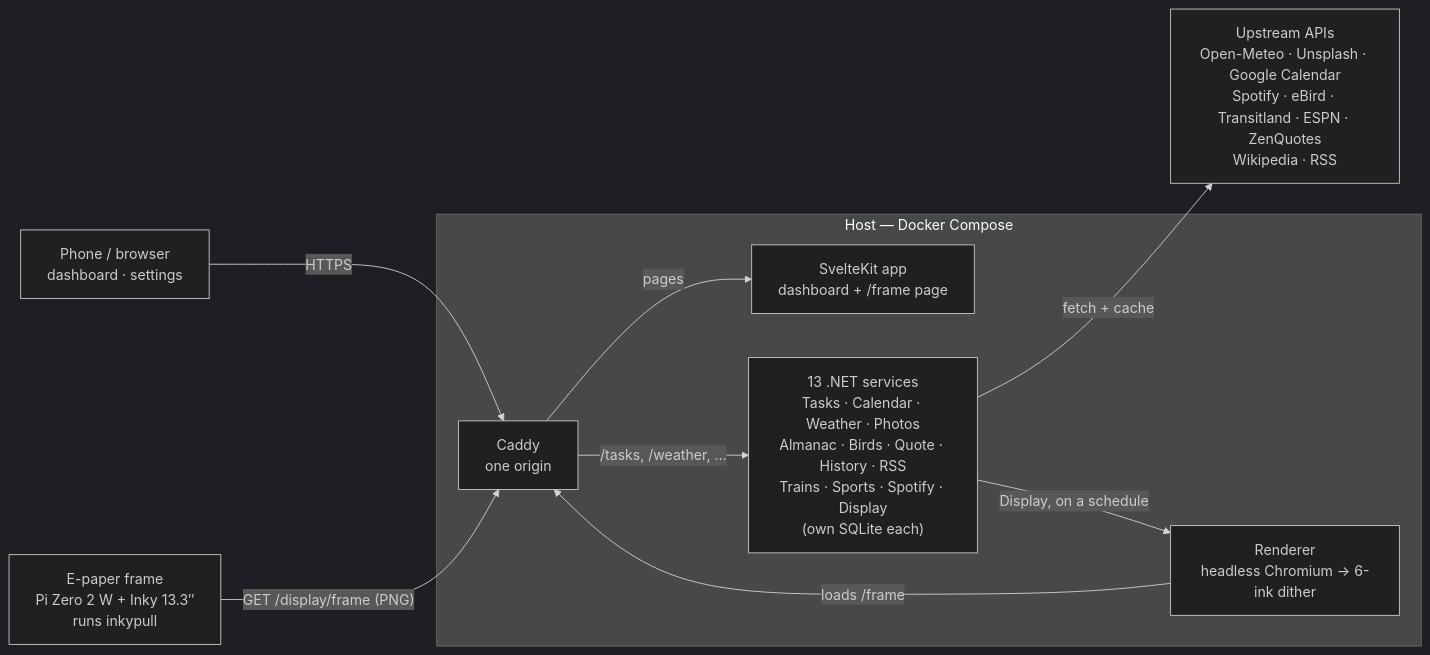
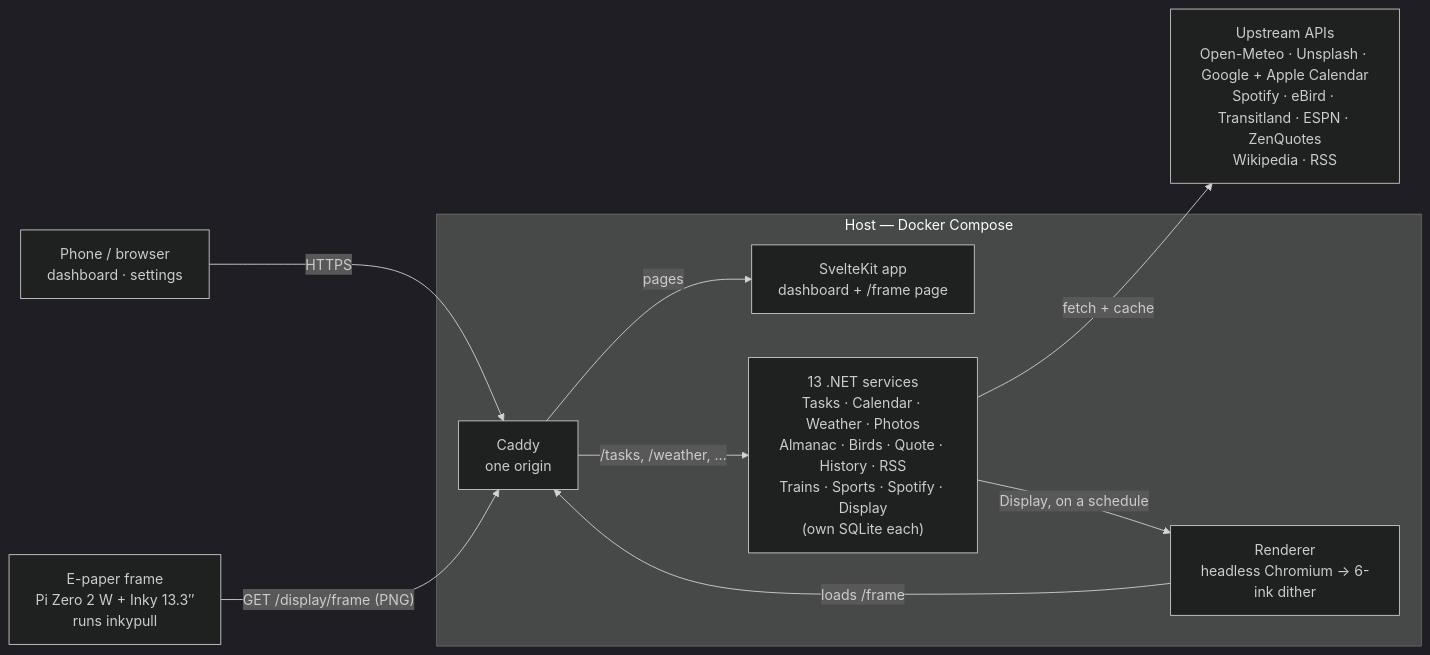
The diagram in README.md (lrv1668-gif/Hearth), drawn with Mermaid (dark theme) before and after one commit. The commit also changed other lines of this file and 46 other files, not shown here.

First line of the commit message:
Add calendars subscribed to by ICS link (Apple Calendar) (#156)

````diff
--- a/README.md
+++ b/README.md
@@ -28,21 +28,21 @@
 ```mermaid
 flowchart LR
     browser["Phone / browser<br/>dashboard · settings"]
     frame["E-paper frame<br/>Pi Zero 2 W + Inky 13.3″<br/>runs inkypull"]
-    apis["Upstream APIs<br/>Open-Meteo · Unsplash · Google Calendar<br/>Spotify · eBird · Transitland · ESPN · ZenQuotes<br/>Wikipedia · RSS"]
+    apis["Upstream APIs<br/>Open-Meteo · Unsplash · Google + Apple Calendar<br/>Spotify · eBird · Transitland · ESPN · ZenQuotes<br/>Wikipedia · RSS"]
 
     subgraph host["Host — Docker Compose"]
         caddy["Caddy<br/>one origin"]
         web["SvelteKit app<br/>dashboard + /frame page"]
         services["13 .NET services<br/>Tasks · Calendar · Weather · Photos<br/>Almanac · Birds · Quote · History · RSS<br/>Trains · Sports · Spotify · Display<br/>(own SQLite each)"]
         renderer["Renderer<br/>headless Chromium → 6-ink dither"]
     end
 
     browser -->|HTTPS| caddy
     frame -->|"GET /display/frame (PNG)"| caddy
     caddy -->|pages| web
     caddy -->|"/tasks, /weather, …"| services
     services -->|fetch + cache| apis
     services -->|"Display, on a schedule"| renderer
     renderer -->|"loads /frame"| caddy
 ```
````
